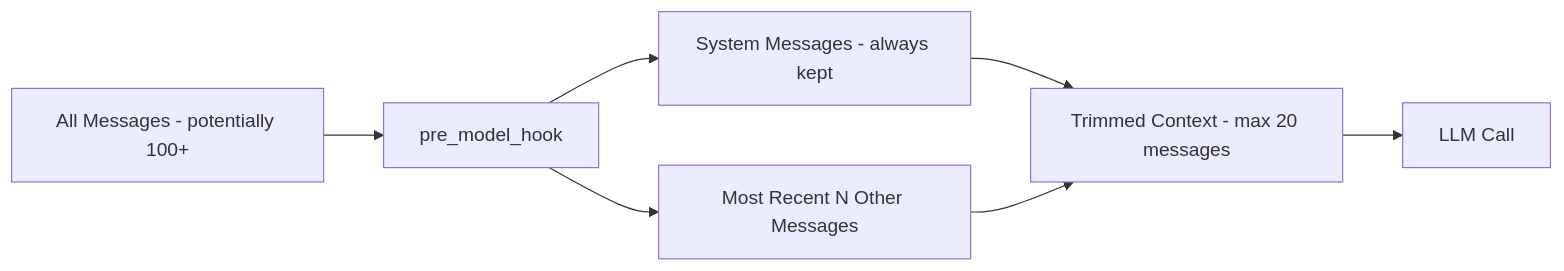
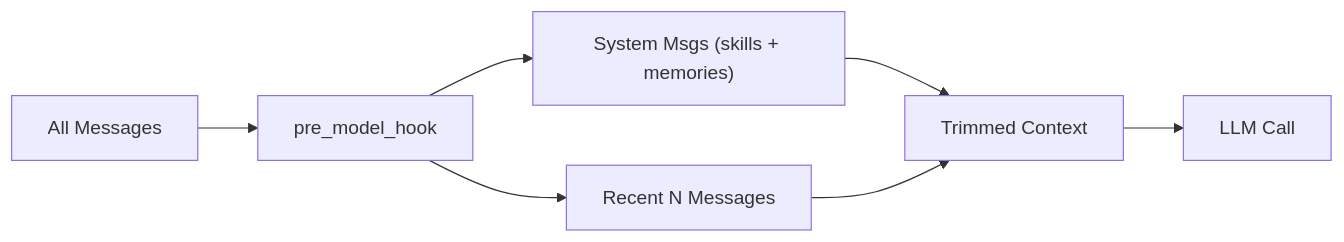
Before and after one commit to omkar-ukirde/RedStrike.AI: the ninth of 24 diagrams in docs/architecture.md, drawn with Mermaid. The commit also changed other lines of this file and 1 other file, not shown here.

Commit message:
refactor: transition to distributed architecture with Celery, Redis, and dynamic per-scan Kali containers

````diff
--- a/docs/architecture.md
+++ b/docs/architecture.md
@@ -336,9 +446,9 @@
 ```mermaid
 graph LR
-    A["All Messages - potentially 100+"] --> B["pre_model_hook"]
-    B --> C["System Messages - always kept"]
-    B --> D["Most Recent N Other Messages"]
-    C --> E["Trimmed Context - max 20 messages"]
+    A["All Messages"] --> B["pre_model_hook"]
+    B --> C["System Msgs (skills + memories)"]
+    B --> D["Recent N Messages"]
+    C --> E["Trimmed Context"]
     D --> E
     E --> F["LLM Call"]
 ```
````
